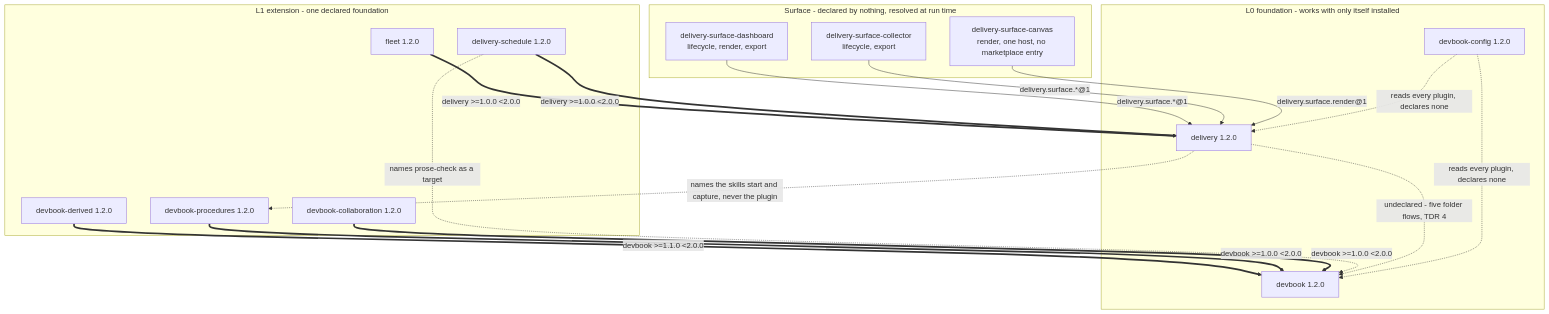
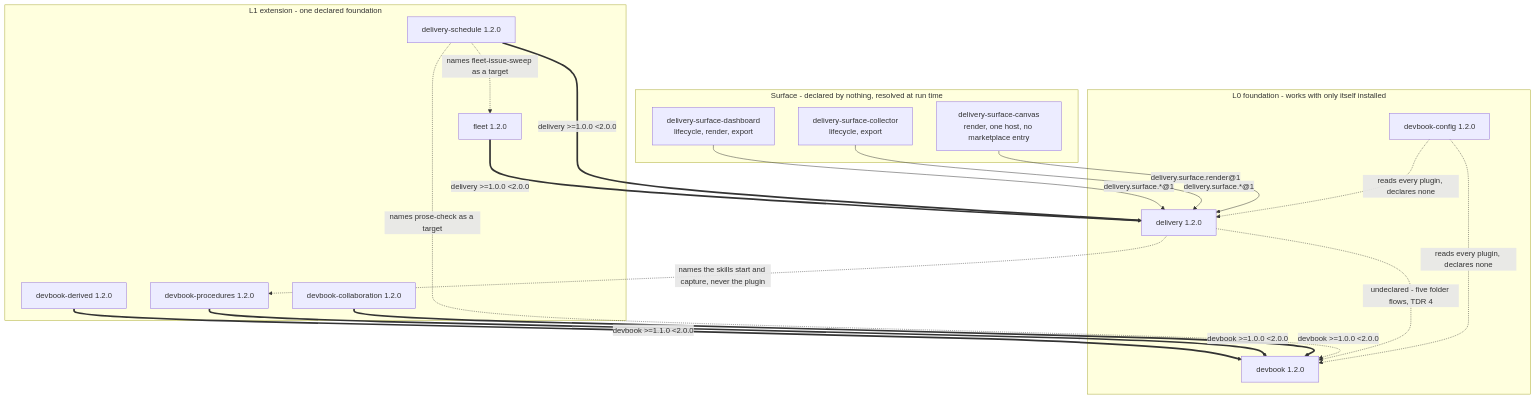
One commit to JSdotNet/devbook changed the first of 3 diagrams in .devbook/arc42/05-building-block-view.md. Above: the diagram before and after it, drawn with Mermaid. The commit also changed other lines of this file and 12 other files, not shown here.

First line of the commit message:
delivery drops issue-triage; the issue-triage schedule fires fleet-issue-sweep at zero workers

````diff
--- a/.devbook/arc42/05-building-block-view.md
+++ b/.devbook/arc42/05-building-block-view.md
@@ -28,38 +28,39 @@
 ```mermaid
 flowchart TB
     subgraph L0["L0 foundation - works with only itself installed"]
         DEV["devbook 1.2.0"]
         DEL["delivery 1.2.0"]
         CFG["devbook-config 1.2.0"]
     end
 
     subgraph L1["L1 extension - one declared foundation"]
         DBD["devbook-derived 1.2.0"]
         DPR["devbook-procedures 1.2.0"]
         DBC["devbook-collaboration 1.2.0"]
         FLT["fleet 1.2.0"]
         SCH["delivery-schedule 1.2.0"]
     end
 
     subgraph SURF["Surface - declared by nothing, resolved at run time"]
         SD["delivery-surface-dashboard<br/>lifecycle, render, export"]
         SL["delivery-surface-collector<br/>lifecycle, export"]
         SC["delivery-surface-canvas<br/>render, one host, no marketplace entry"]
     end
 
     DBD ==>|"devbook >=1.1.0 &lt;2.0.0"| DEV
     DPR ==>|"devbook >=1.0.0 &lt;2.0.0"| DEV
     DBC ==>|"devbook >=1.0.0 &lt;2.0.0"| DEV
     FLT ==>|"delivery >=1.0.0 &lt;2.0.0"| DEL
     SCH ==>|"delivery >=1.0.0 &lt;2.0.0"| DEL
 
     SD -->|"delivery.surface.*@1"| DEL
     SL -->|"delivery.surface.*@1"| DEL
     SC -->|"delivery.surface.render@1"| DEL
 
     SCH -.->|"names prose-check as a target"| DEV
+    SCH -.->|"names fleet-issue-sweep as a target"| FLT
     DEL -.->|"undeclared - five folder flows, TDR 4"| DEV
     DEL -.->|"names the skills start and capture, never the plugin"| DPR
     CFG -.->|"reads every plugin, declares none"| DEV
     CFG -.->|"reads every plugin, declares none"| DEL
 ```
````
